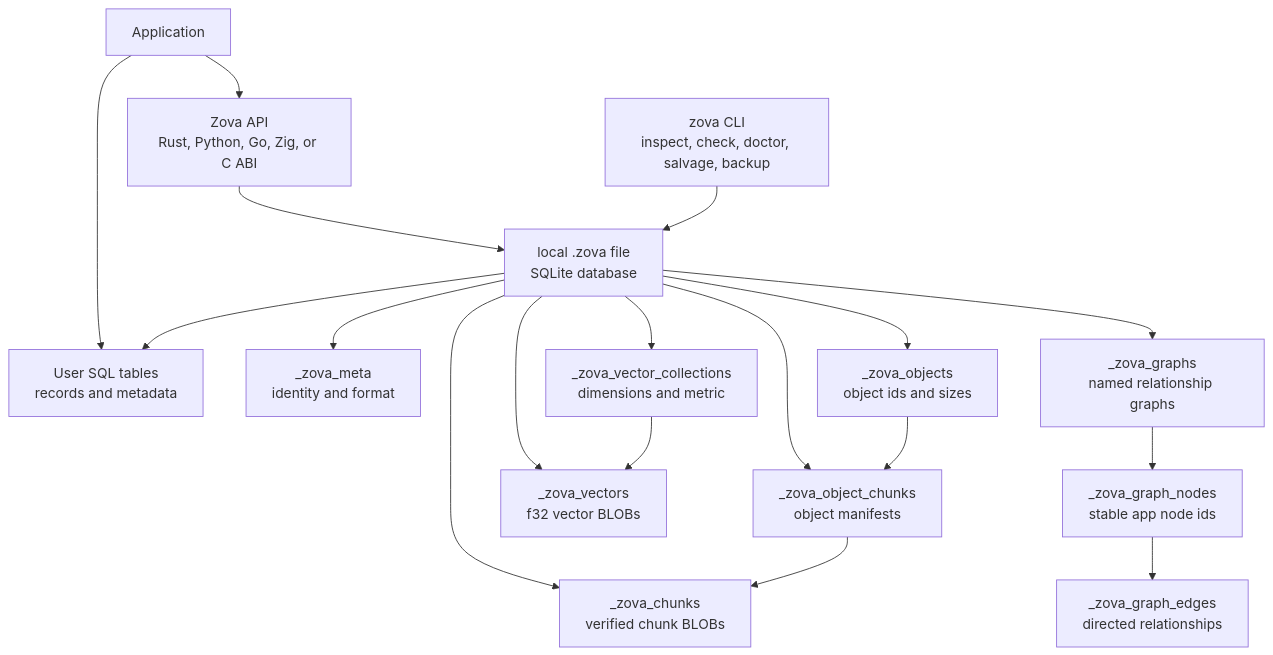
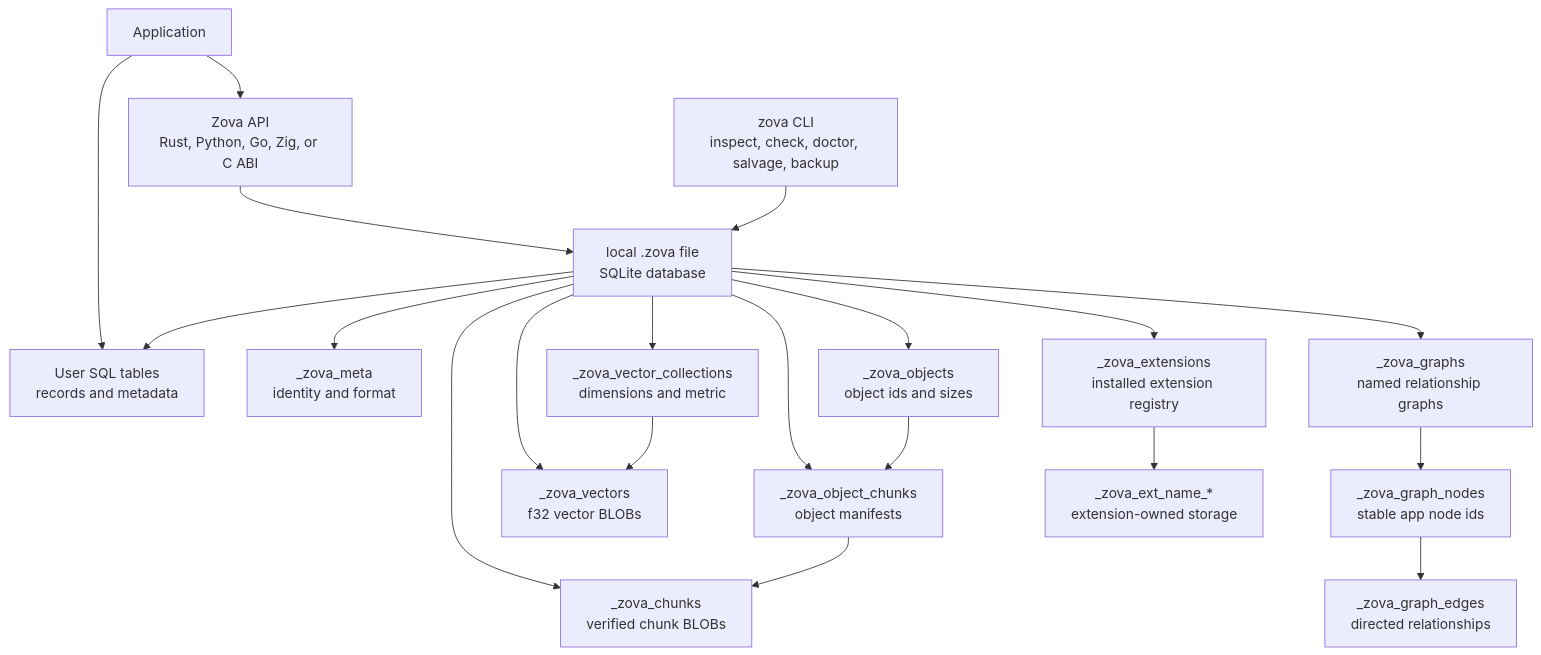
Before and after one commit to ata-sesli/zova: the diagram in README.md, drawn with Mermaid. The commit also changed other lines of this file and 19 other files, not shown here.

````diff
--- a/README.md
+++ b/README.md
@@ -212,35 +215,39 @@
 ```mermaid
 flowchart TD
     App["Application"]
     API["Zova API<br/>Rust, Python, Go, Zig, or C ABI"]
     CLI["zova CLI<br/>inspect, check, doctor, salvage, backup"]
     File["local .zova file<br/>SQLite database"]
     UserSQL["User SQL tables<br/>records and metadata"]
     Meta["_zova_meta<br/>identity and format"]
     Objects["_zova_objects<br/>object ids and sizes"]
     Chunks["_zova_chunks<br/>verified chunk BLOBs"]
     Manifest["_zova_object_chunks<br/>object manifests"]
     VecCols["_zova_vector_collections<br/>dimensions and metric"]
     Vecs["_zova_vectors<br/>f32 vector BLOBs"]
     Graphs["_zova_graphs<br/>named relationship graphs"]
     Nodes["_zova_graph_nodes<br/>stable app node ids"]
     Edges["_zova_graph_edges<br/>directed relationships"]
+    Ext["_zova_extensions<br/>installed extension registry"]
+    ExtStore["_zova_ext_name_*<br/>extension-owned storage"]
 
     App --> API
     App --> UserSQL
     API --> File
     CLI --> File
     File --> UserSQL
     File --> Meta
     File --> Objects
     File --> Chunks
     File --> Manifest
     File --> VecCols
     File --> Vecs
     File --> Graphs
+    File --> Ext
+    Ext --> ExtStore
     Graphs --> Nodes
     Nodes --> Edges
     Objects --> Manifest
     Manifest --> Chunks
     VecCols --> Vecs
 ```
````
